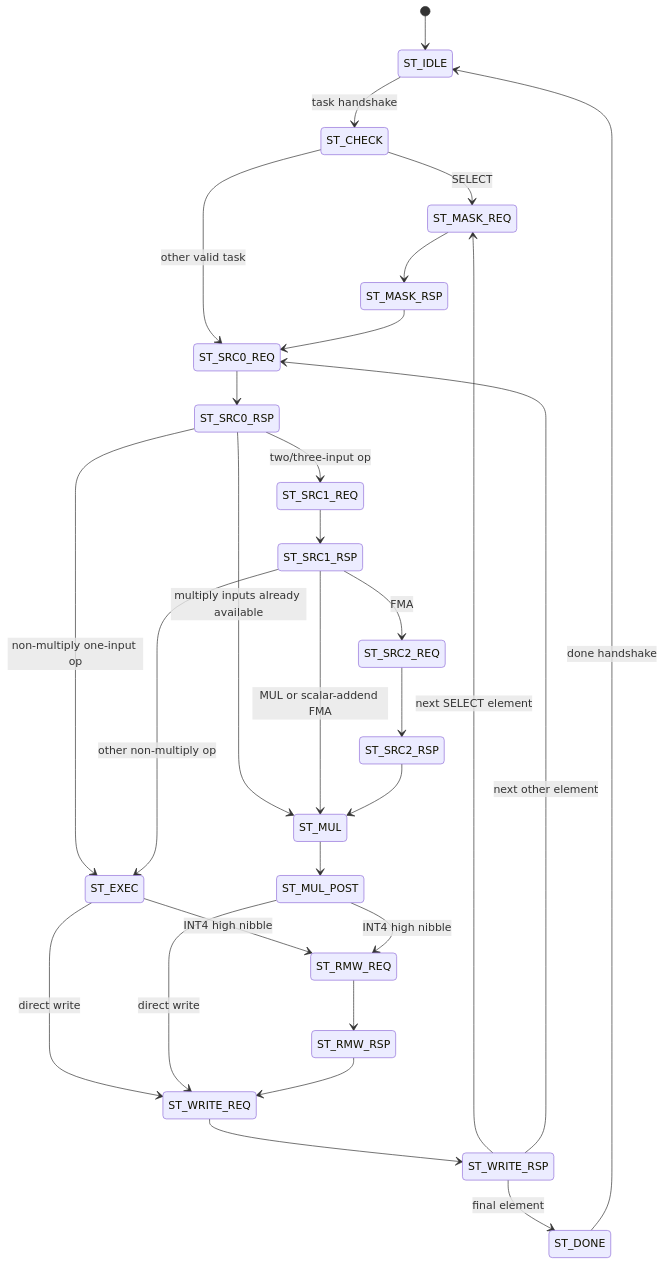
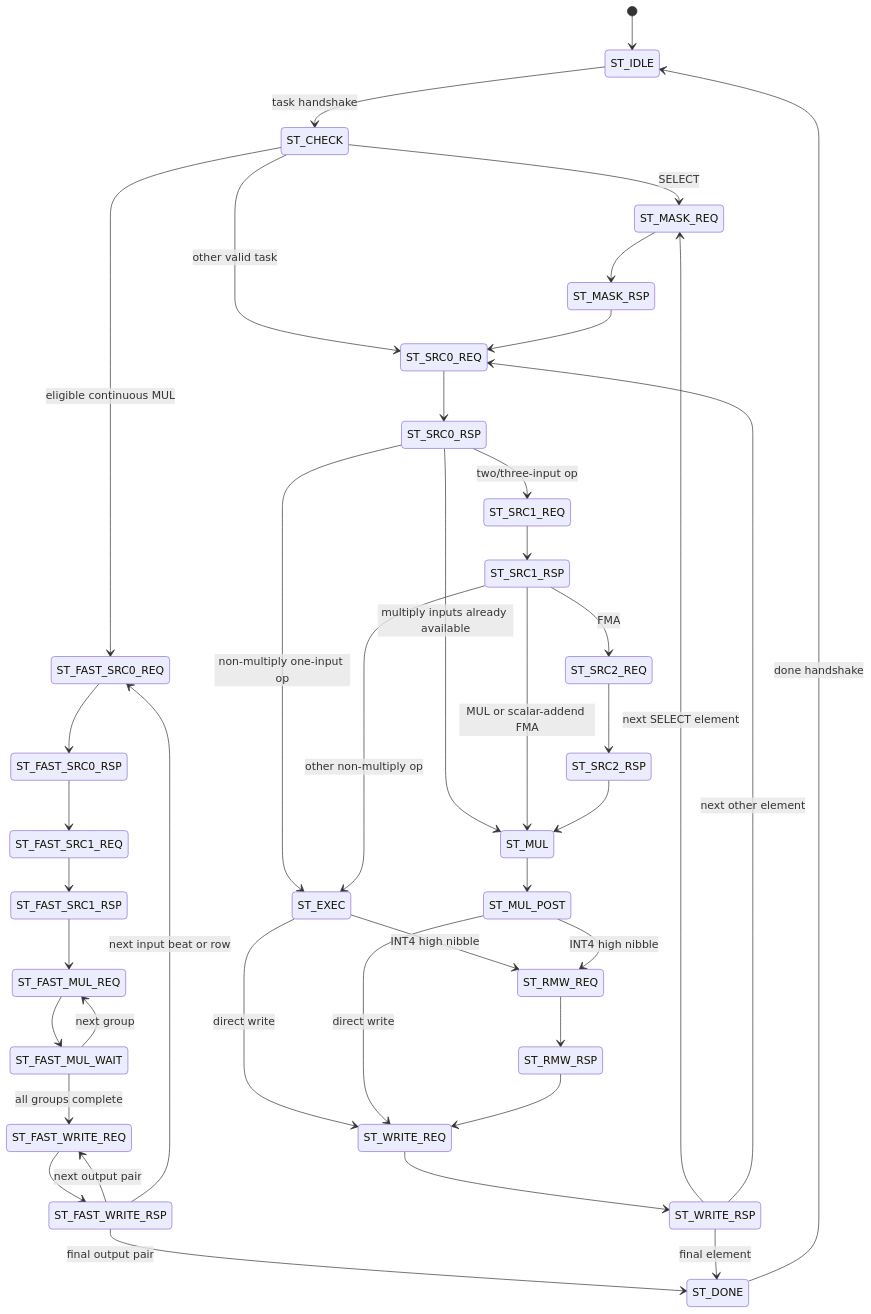
Diagram 11 of 21 in NPU/NPU 指令与硬件架构设计 Spec.md (Little-W/Obsidian), drawn with Mermaid before and after one commit. The commit also changed other lines of this file and 93 other files, not shown here.

````diff
--- a/NPU/NPU 指令与硬件架构设计 Spec.md
+++ b/NPU/NPU 指令与硬件架构设计 Spec.md
@@ -3288,31 +3427,43 @@
 ```mermaid
 stateDiagram-v2
     [*] --> ST_IDLE
     ST_IDLE --> ST_CHECK: task handshake
+    ST_CHECK --> ST_FAST_SRC0_REQ: eligible continuous MUL
     ST_CHECK --> ST_MASK_REQ: SELECT
     ST_CHECK --> ST_SRC0_REQ: other valid task
+    ST_FAST_SRC0_REQ --> ST_FAST_SRC0_RSP
+    ST_FAST_SRC0_RSP --> ST_FAST_SRC1_REQ
+    ST_FAST_SRC1_REQ --> ST_FAST_SRC1_RSP
+    ST_FAST_SRC1_RSP --> ST_FAST_MUL_REQ
+    ST_FAST_MUL_REQ --> ST_FAST_MUL_WAIT
+    ST_FAST_MUL_WAIT --> ST_FAST_MUL_REQ: next group
+    ST_FAST_MUL_WAIT --> ST_FAST_WRITE_REQ: all groups complete
+    ST_FAST_WRITE_REQ --> ST_FAST_WRITE_RSP
+    ST_FAST_WRITE_RSP --> ST_FAST_WRITE_REQ: next output pair
+    ST_FAST_WRITE_RSP --> ST_FAST_SRC0_REQ: next input beat or row
+    ST_FAST_WRITE_RSP --> ST_DONE: final output pair
     ST_MASK_REQ --> ST_MASK_RSP
     ST_MASK_RSP --> ST_SRC0_REQ
     ST_SRC0_REQ --> ST_SRC0_RSP
     ST_SRC0_RSP --> ST_SRC1_REQ: two/three-input op
     ST_SRC0_RSP --> ST_EXEC: non-multiply one-input op
     ST_SRC0_RSP --> ST_MUL: multiply inputs already available
     ST_SRC1_REQ --> ST_SRC1_RSP
     ST_SRC1_RSP --> ST_SRC2_REQ: FMA
     ST_SRC1_RSP --> ST_MUL: MUL or scalar-addend FMA
     ST_SRC1_RSP --> ST_EXEC: other non-multiply op
     ST_SRC2_REQ --> ST_SRC2_RSP
     ST_SRC2_RSP --> ST_MUL
     ST_EXEC --> ST_RMW_REQ: INT4 high nibble
     ST_EXEC --> ST_WRITE_REQ: direct write
     ST_MUL --> ST_MUL_POST
     ST_MUL_POST --> ST_RMW_REQ: INT4 high nibble
     ST_MUL_POST --> ST_WRITE_REQ: direct write
     ST_RMW_REQ --> ST_RMW_RSP
     ST_RMW_RSP --> ST_WRITE_REQ
     ST_WRITE_REQ --> ST_WRITE_RSP
     ST_WRITE_RSP --> ST_MASK_REQ: next SELECT element
     ST_WRITE_RSP --> ST_SRC0_REQ: next other element
     ST_WRITE_RSP --> ST_DONE: final element
     ST_DONE --> ST_IDLE: done handshake
 ```
````
